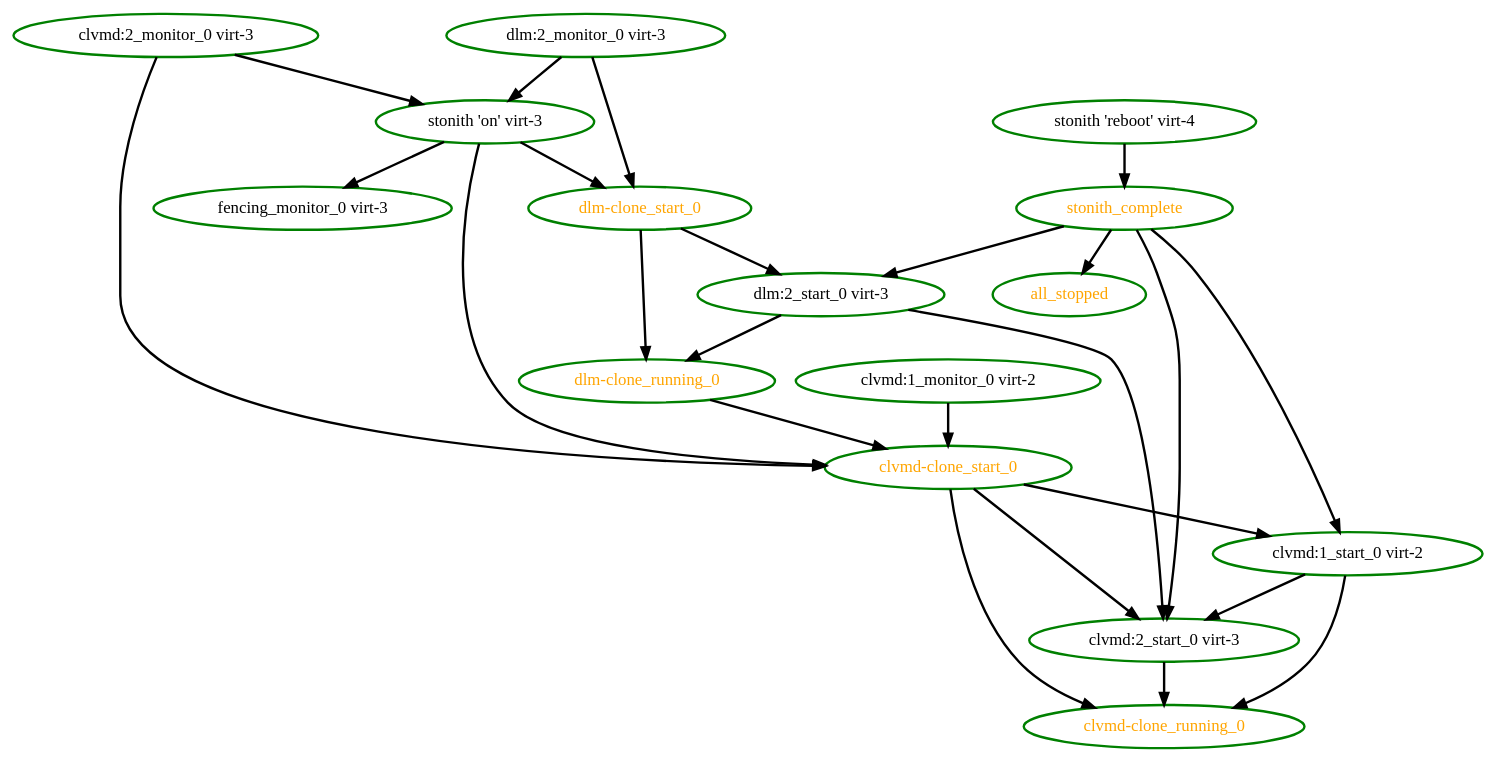
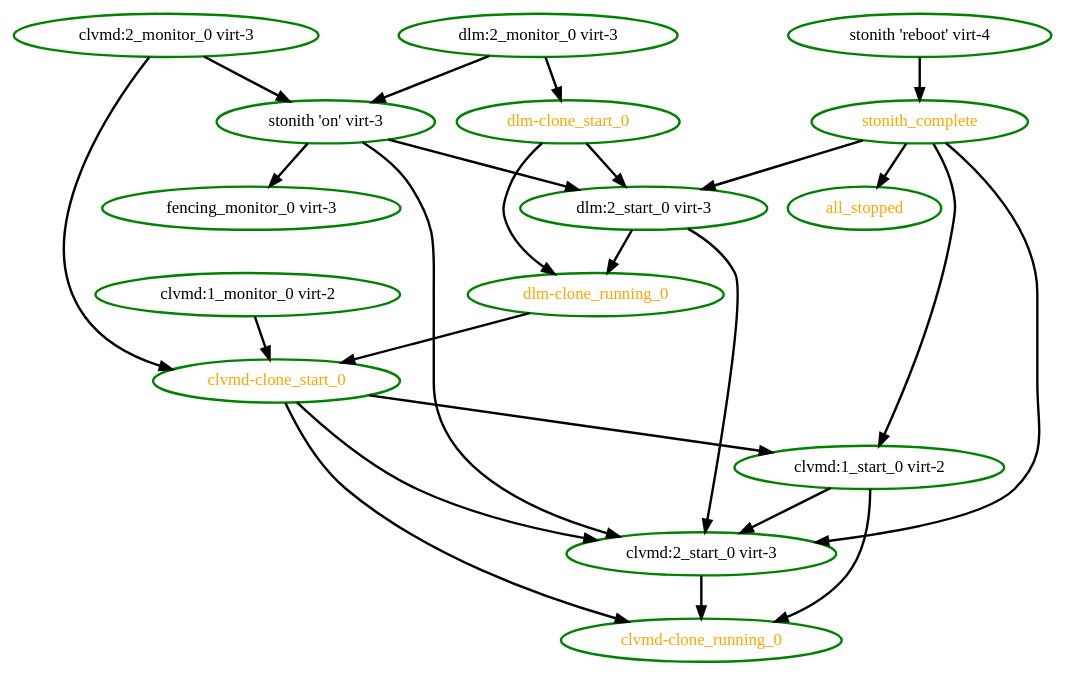
The diagram in pengine/test10/unfence-startup.dot (ClusterLabs/pacemaker), drawn with Graphviz before and after one commit. The commit also changed 8 other files, not shown here.

```diff
--- a/pengine/test10/unfence-startup.dot
+++ b/pengine/test10/unfence-startup.dot
@@ -1,41 +1,41 @@
 digraph "g" {
 "all_stopped" [ style=bold color="green" fontcolor="orange"]
 "clvmd-clone_running_0" [ style=bold color="green" fontcolor="orange"]
 "clvmd-clone_start_0" -> "clvmd-clone_running_0" [ style = bold]
 "clvmd-clone_start_0" -> "clvmd:1_start_0 virt-2" [ style = bold]
 "clvmd-clone_start_0" -> "clvmd:2_start_0 virt-3" [ style = bold]
 "clvmd-clone_start_0" [ style=bold color="green" fontcolor="orange"]
 "clvmd:1_monitor_0 virt-2" -> "clvmd-clone_start_0" [ style = bold]
 "clvmd:1_monitor_0 virt-2" [ style=bold color="green" fontcolor="black"]
 "clvmd:1_start_0 virt-2" -> "clvmd-clone_running_0" [ style = bold]
 "clvmd:1_start_0 virt-2" -> "clvmd:2_start_0 virt-3" [ style = bold]
 "clvmd:1_start_0 virt-2" [ style=bold color="green" fontcolor="black"]
 "clvmd:2_monitor_0 virt-3" -> "clvmd-clone_start_0" [ style = bold]
 "clvmd:2_monitor_0 virt-3" -> "stonith 'on' virt-3" [ style = bold]
 "clvmd:2_monitor_0 virt-3" [ style=bold color="green" fontcolor="black"]
 "clvmd:2_start_0 virt-3" -> "clvmd-clone_running_0" [ style = bold]
 "clvmd:2_start_0 virt-3" [ style=bold color="green" fontcolor="black"]
 "dlm-clone_running_0" -> "clvmd-clone_start_0" [ style = bold]
 "dlm-clone_running_0" [ style=bold color="green" fontcolor="orange"]
 "dlm-clone_start_0" -> "dlm-clone_running_0" [ style = bold]
 "dlm-clone_start_0" -> "dlm:2_start_0 virt-3" [ style = bold]
 "dlm-clone_start_0" [ style=bold color="green" fontcolor="orange"]
 "dlm:2_monitor_0 virt-3" -> "dlm-clone_start_0" [ style = bold]
 "dlm:2_monitor_0 virt-3" -> "stonith 'on' virt-3" [ style = bold]
 "dlm:2_monitor_0 virt-3" [ style=bold color="green" fontcolor="black"]
 "dlm:2_start_0 virt-3" -> "clvmd:2_start_0 virt-3" [ style = bold]
 "dlm:2_start_0 virt-3" -> "dlm-clone_running_0" [ style = bold]
 "dlm:2_start_0 virt-3" [ style=bold color="green" fontcolor="black"]
 "fencing_monitor_0 virt-3" [ style=bold color="green" fontcolor="black"]
-"stonith 'on' virt-3" -> "clvmd-clone_start_0" [ style = bold]
-"stonith 'on' virt-3" -> "dlm-clone_start_0" [ style = bold]
+"stonith 'on' virt-3" -> "clvmd:2_start_0 virt-3" [ style = bold]
+"stonith 'on' virt-3" -> "dlm:2_start_0 virt-3" [ style = bold]
 "stonith 'on' virt-3" -> "fencing_monitor_0 virt-3" [ style = bold]
 "stonith 'on' virt-3" [ style=bold color="green" fontcolor="black"]
 "stonith 'reboot' virt-4" -> "stonith_complete" [ style = bold]
 "stonith 'reboot' virt-4" [ style=bold color="green" fontcolor="black"]
 "stonith_complete" -> "all_stopped" [ style = bold]
 "stonith_complete" -> "clvmd:1_start_0 virt-2" [ style = bold]
 "stonith_complete" -> "clvmd:2_start_0 virt-3" [ style = bold]
 "stonith_complete" -> "dlm:2_start_0 virt-3" [ style = bold]
 "stonith_complete" [ style=bold color="green" fontcolor="orange"]
 }
```
